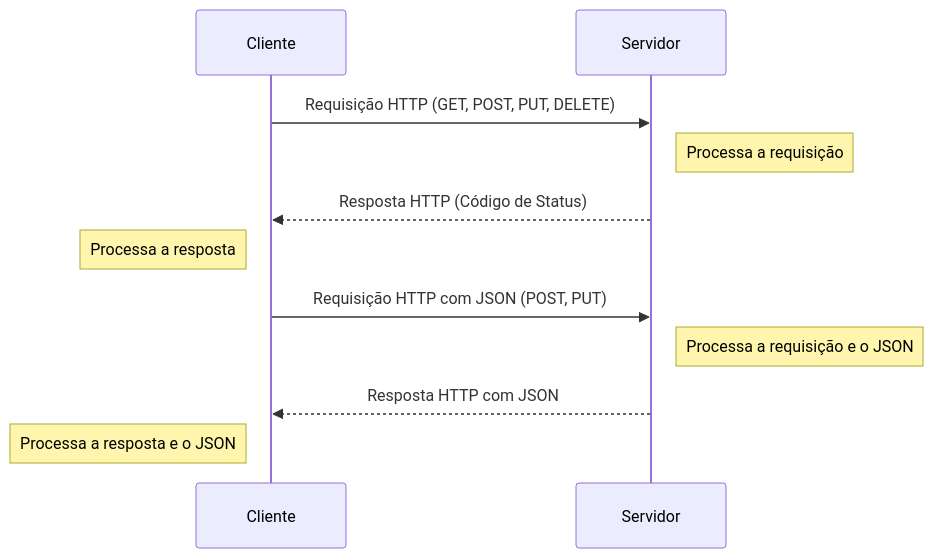
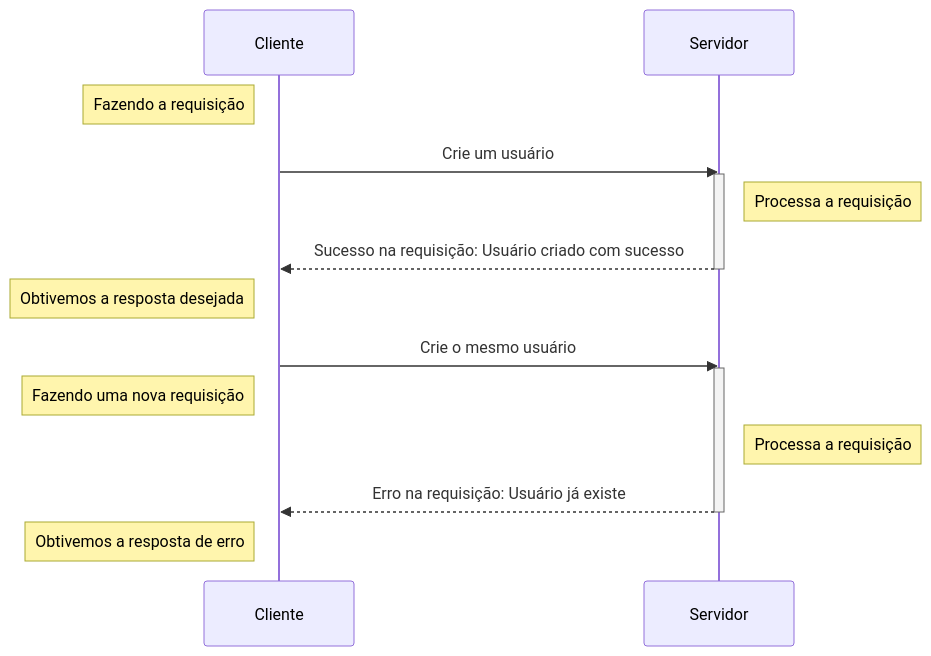
One commit to dunossauro/fastapi-do-zero changed the first of 3 diagrams in aulas/02.md. Above: the diagram before and after it, drawn with Mermaid. The commit also changed other lines of this file and 12 other files, not shown here.

````diff
--- a/aulas/02.md
+++ b/aulas/02.md
@@ -93,13 +19,20 @@
 ```mermaid
 sequenceDiagram
     participant Cliente
     participant Servidor
-    Cliente->>Servidor: Requisição HTTP (GET, POST, PUT, DELETE)
+    Note left of Cliente: Fazendo a requisição
+    Cliente->>Servidor: Crie um usuário
+	activate Servidor
     Note right of Servidor: Processa a requisição
-    Servidor-->>Cliente: Resposta HTTP (Código de Status)
-    Note left of Cliente: Processa a resposta
-    Cliente->>Servidor: Requisição HTTP com JSON (POST, PUT)
-    Note right of Servidor: Processa a requisição e o JSON
-    Servidor-->>Cliente: Resposta HTTP com JSON
-    Note left of Cliente: Processa a resposta e o JSON
+    Servidor-->>Cliente: Sucesso na requisição: Usuário criado com sucesso
+	deactivate Servidor
+    Note left of Cliente: Obtivemos a resposta desejada
+
+	Cliente->>Servidor: Crie o mesmo usuário
+	activate Servidor
+    Note left of Cliente: Fazendo uma nova requisição
+    Note right of Servidor: Processa a requisição
+    Servidor-->>Cliente: Erro na requisição: Usuário já existe
+	deactivate Servidor
+    Note left of Cliente: Obtivemos a resposta de erro
 ```
````
